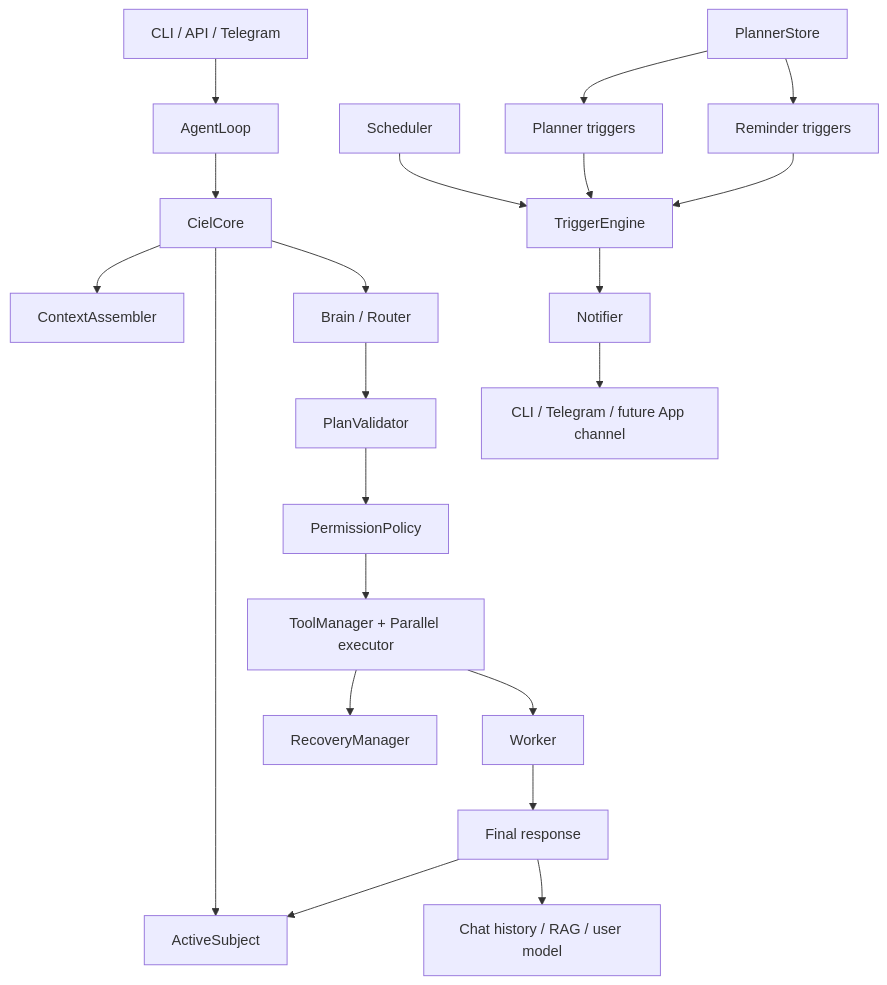
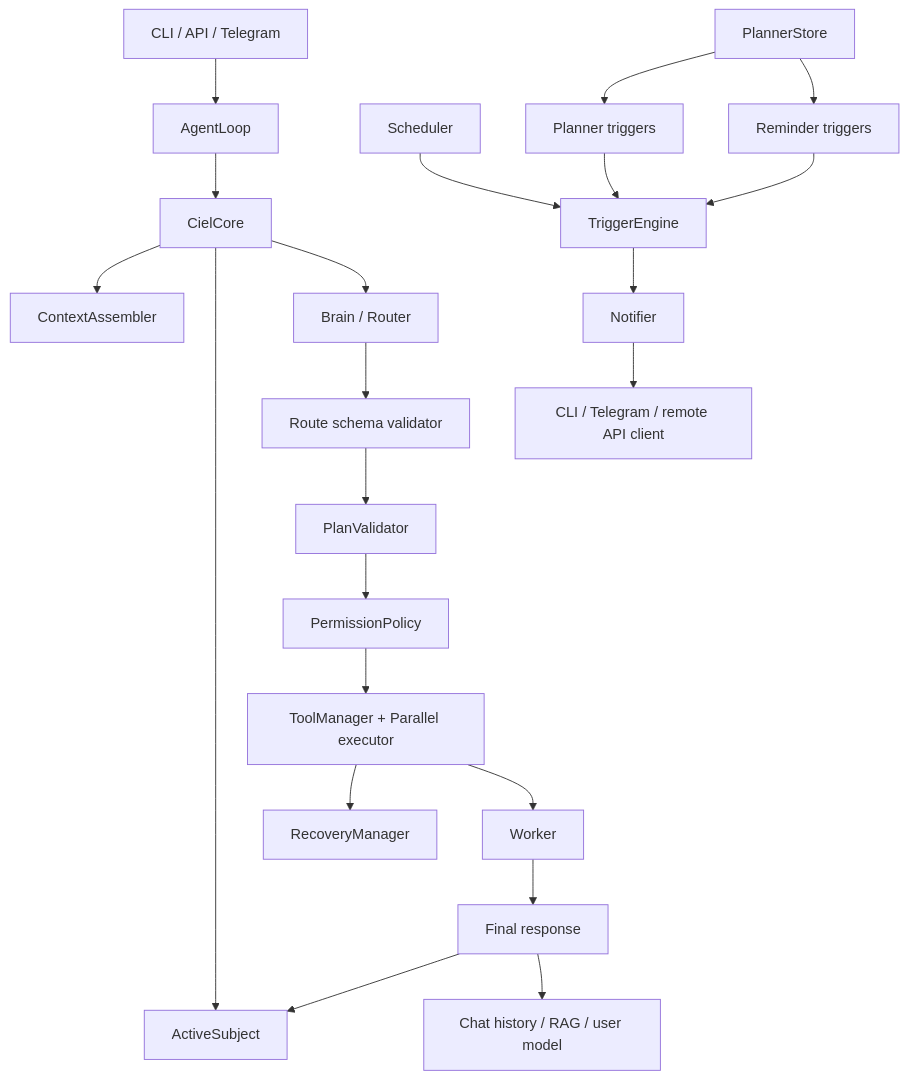
The diagram in instructionAI/architecture.md (KhangTranManh/Ciel-2.0), drawn with Mermaid before and after one commit. The commit also changed other lines of this file and 14 other files, not shown here.

````diff
--- a/instructionAI/architecture.md
+++ b/instructionAI/architecture.md
@@ -89,24 +89,25 @@
 ```mermaid
 flowchart TD
     INPUT[CLI / API / Telegram] --> LOOP[AgentLoop]
     LOOP --> CORE[CielCore]
     CORE --> CTX[ContextAssembler]
     CORE --> SUBJECT[ActiveSubject]
     CORE --> BRAIN[Brain / Router]
-    BRAIN --> VALIDATE[PlanValidator]
+    BRAIN --> ROUTE[Route schema validator]
+    ROUTE --> VALIDATE[PlanValidator]
     VALIDATE --> PERM[PermissionPolicy]
     PERM --> EXEC[ToolManager + Parallel executor]
     EXEC --> RECOVERY[RecoveryManager]
     EXEC --> WORKER[Worker]
     WORKER --> OUTPUT[Final response]
     OUTPUT --> SUBJECT
     OUTPUT --> MEMORY[Chat history / RAG / user model]
 
     SCHED[Scheduler] --> TRIG[TriggerEngine]
     TRIG --> NOTIFY[Notifier]
     PLANNER[PlannerStore] --> PTRIG[Planner triggers]
     PTRIG --> TRIG
     PLANNER --> RTRIG[Reminder triggers]
     RTRIG --> TRIG
-    NOTIFY --> CHANNEL[CLI / Telegram / future App channel]
+    NOTIFY --> CHANNEL[CLI / Telegram / remote API client]
 ```
````
